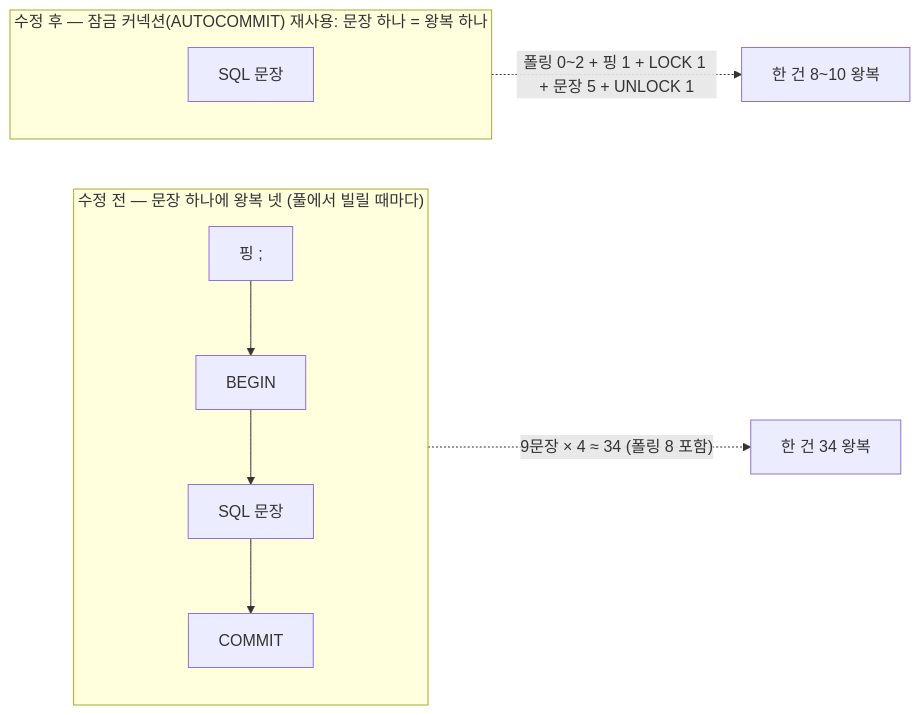
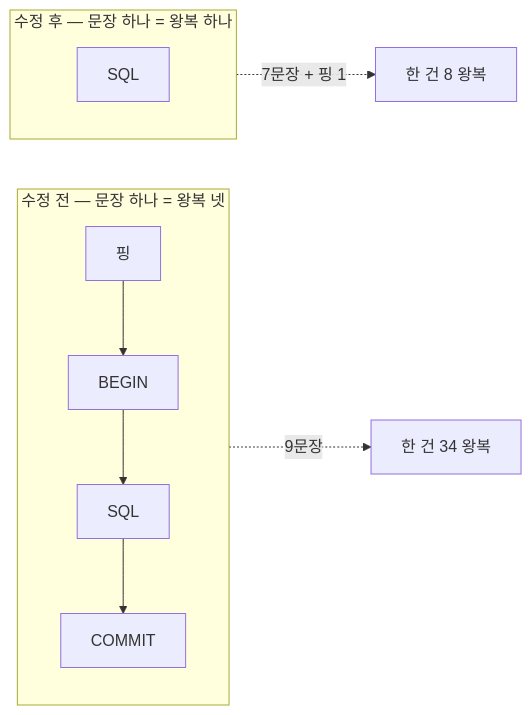
The diagram in profiling/docs/학습_가이드/06_병목과_성능.md (100-hours-a-week/KTB4-12th-AI), drawn with Mermaid before and after one commit. The commit also changed 70 other files, not shown here.

````diff
--- a/profiling/docs/학습_가이드/06_병목과_성능.md
+++ b/profiling/docs/학습_가이드/06_병목과_성능.md
@@ -78,11 +78,11 @@
 ```mermaid
 flowchart LR
-  subgraph before["수정 전 — 문장 하나에 왕복 넷 (풀에서 빌릴 때마다)"]
-    b1["핑 ;"] --> b2["BEGIN"] --> b3["SQL 문장"] --> b4["COMMIT"]
+  subgraph before["수정 전 — 문장 하나 = 왕복 넷"]
+    b1["핑"] --> b2["BEGIN"] --> b3["SQL"] --> b4["COMMIT"]
   end
-  subgraph after["수정 후 — 잠금 커넥션(AUTOCOMMIT) 재사용: 문장 하나 = 왕복 하나"]
-    a1["SQL 문장"]
+  subgraph after["수정 후 — 문장 하나 = 왕복 하나"]
+    a1["SQL"]
   end
-  before -. "9문장 × 4 ≈ 34 (폴링 8 포함)" .-> S1["한 건 34 왕복"]
-  after -. "폴링 0~2 + 핑 1 + LOCK 1 + 문장 5 + UNLOCK 1" .-> S2["한 건 8~10 왕복"]
+  before -. "9문장" .-> S1["한 건 34 왕복"]
+  after -. "7문장 + 핑 1" .-> S2["한 건 8 왕복"]
 ```
````
